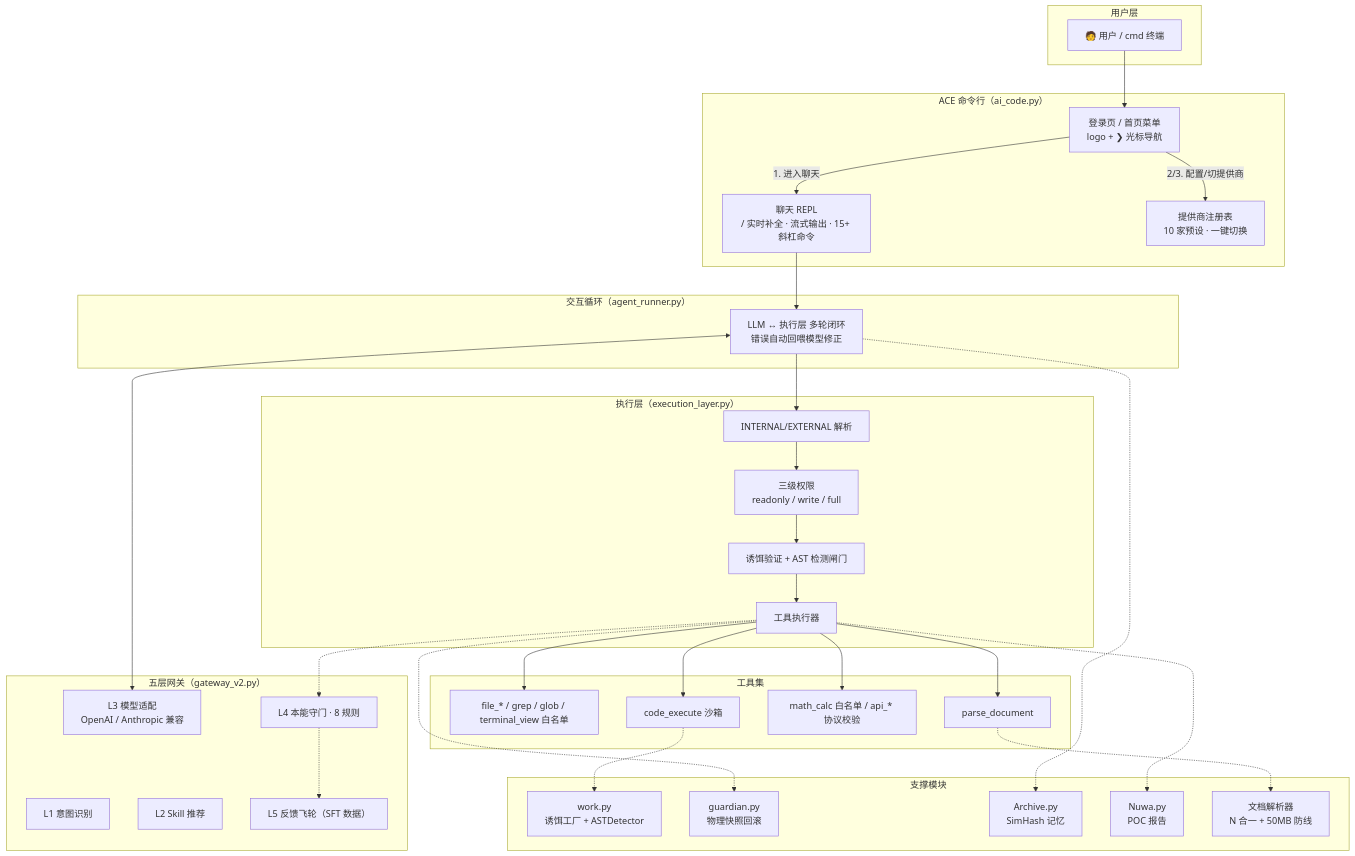
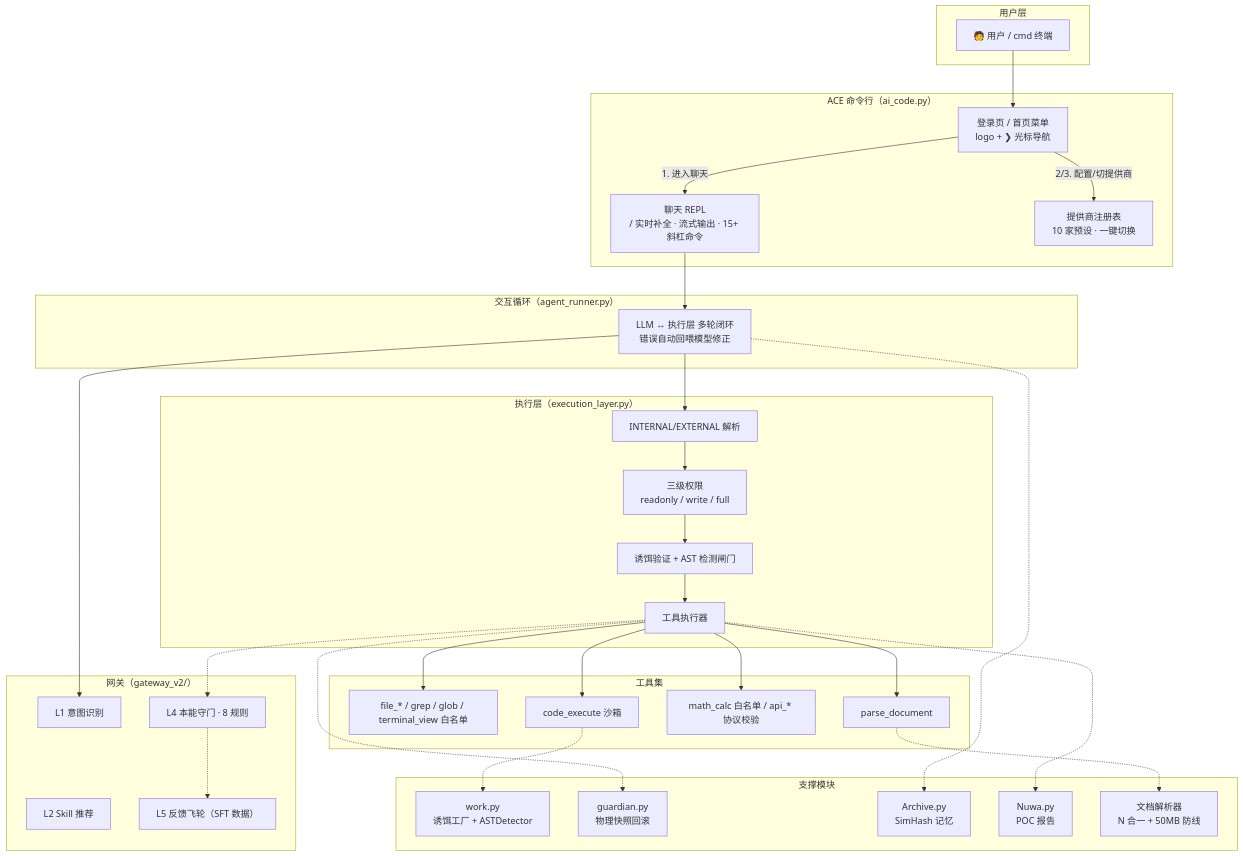
One commit to jincheng3870682453-hash/ace-agent changed the diagram in README.md. Above: the diagram before and after it, drawn with Mermaid. The commit also changed other lines of this file and 5 other files, not shown here.

````diff
--- a/README.md
+++ b/README.md
@@ -36,59 +36,58 @@
 ```mermaid
 flowchart TB
     subgraph 用户层["用户层"]
         U["🧑 用户 / cmd 终端"]
     end
     subgraph ACE["ACE 命令行（ai_code.py）"]
         L["登录页 / 首页菜单<br/>logo + ❯ 光标导航"]
         R["聊天 REPL<br/>/ 实时补全 · 流式输出 · 15+ 斜杠命令"]
         P["提供商注册表<br/>10 家预设 · 一键切换"]
     end
     subgraph LOOP["交互循环（agent_runner.py）"]
         C["LLM ↔ 执行层 多轮闭环<br/>错误自动回喂模型修正"]
     end
-    subgraph GW["五层网关（gateway_v2.py）"]
+    subgraph GW["网关（gateway_v2/）"]
         L1["L1 意图识别"]
         L2["L2 Skill 推荐"]
-        L3["L3 模型适配<br/>OpenAI / Anthropic 兼容"]
         L4["L4 本能守门 · 8 规则"]
         L5["L5 反馈飞轮（SFT 数据）"]
     end
     subgraph EL["执行层（execution_layer.py）"]
         PARSE["INTERNAL/EXTERNAL 解析"]
         PERM["三级权限<br/>readonly / write / full"]
         GATE["诱饵验证 + AST 检测闸门"]
         EXEC["工具执行器"]
     end
     subgraph TOOLS["工具集"]
         T1["file_* / grep / glob / terminal_view 白名单"]
 
         T2["code_execute 沙箱"]
         T3["math_calc 白名单 / api_* 协议校验"]
         T4["parse_document"]
     end
     subgraph SUPPORT["支撑模块"]
         W["work.py<br/>诱饵工厂 + ASTDetector"]
         G["guardian.py<br/>物理快照回滚"]
         A["Archive.py<br/>SimHash 记忆"]
         N["Nuwa.py<br/>POC 报告"]
         D["文档解析器<br/>N 合一 + 50MB 防线"]
     end
 
     U --> L
     L -->|"1. 进入聊天"| R
     L -->|"2/3. 配置/切提供商"| P
     R --> C
-    C <--> L3
+    C --> L1
     C --> PARSE
     PARSE --> PERM
     PERM --> GATE
     GATE --> EXEC
     EXEC --> T1 & T2 & T3 & T4
     T2 -.-> W
     EXEC -.-> L4
     L4 -.-> L5
     EXEC -.-> G
     C -.-> A
     EXEC -.-> N
     T4 -.-> D
 ```
````
